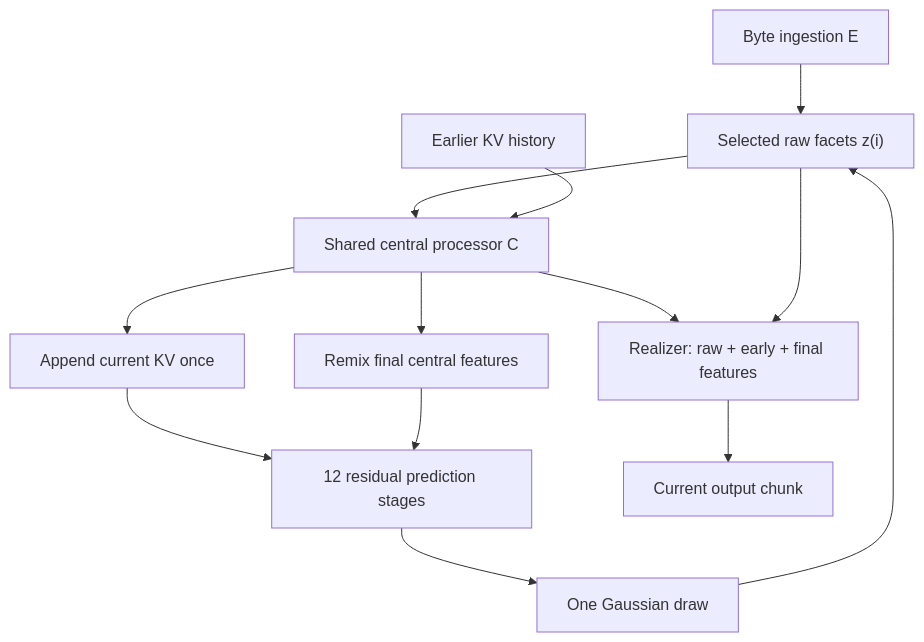
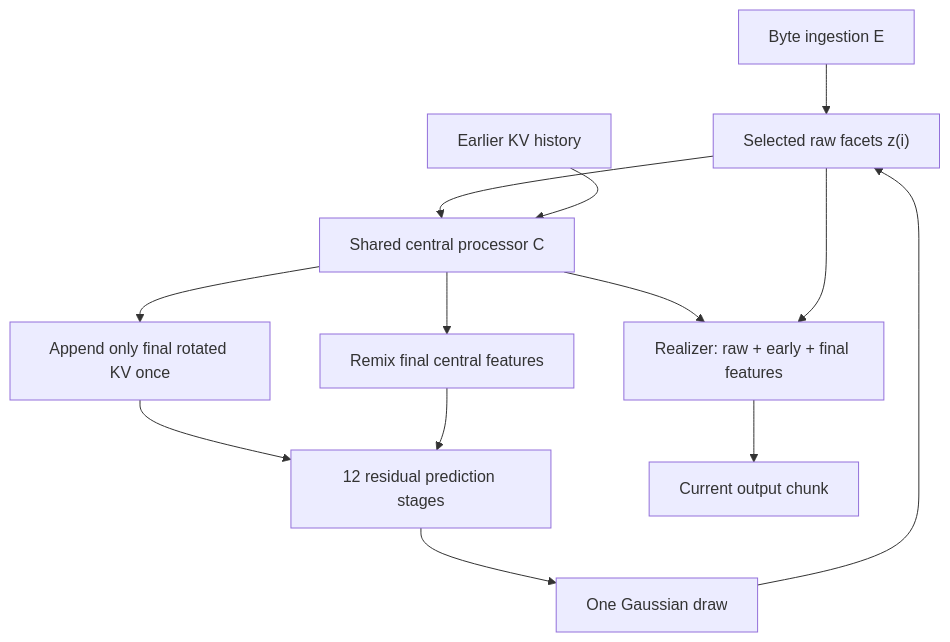
Before and after one commit to werg/megatoken: the diagram in docs/architecture.md, drawn with Mermaid. The commit also changed other lines of this file, not shown here.

````diff
--- a/docs/architecture.md
+++ b/docs/architecture.md
@@ -19,15 +20,15 @@
 ```mermaid
 flowchart TD
     E["Byte ingestion E"] --> Z["Selected raw facets z(i)"]
     G["One Gaussian draw"] --> Z
     Z --> C["Shared central processor C"]
     H["Earlier KV history"] --> C
-    C --> K["Append current KV once"]
+    C --> K["Append only final rotated KV once"]
     C --> R["Realizer: raw + early + final features"]
     Z --> R
     C --> M["Remix final central features"]
     K --> P["12 residual prediction stages"]
     M --> P
     P --> G
     R --> O["Current output chunk"]
 ```
````
